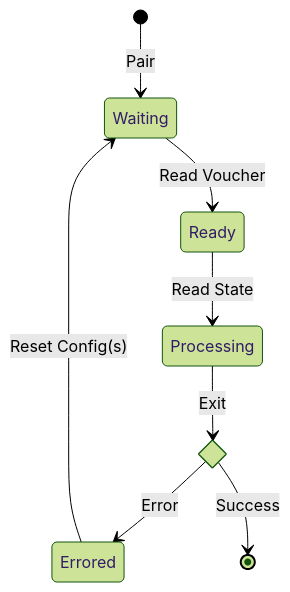
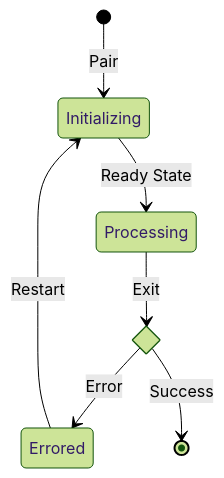
The second of 3 diagrams in SPEC.md (fido-device-onboard/uefi-ble-fdo), drawn with Mermaid (forest theme) before and after one commit. The commit also changed other lines of this file and 1 other file, not shown here.

````diff
--- a/SPEC.md
+++ b/SPEC.md
@@ -85,12 +132,11 @@
 ```mermaid
 stateDiagram-v2
-    [*] --> Waiting: Pair
+    [*] --> Initializing: Pair
 
-    Waiting --> Ready: Read Voucher
-    Ready --> Processing: Read State
+    Initializing --> Processing: Ready State
     state err <<choice>>
     Processing --> err: Exit
     err --> Errored: Error
     err --> [*]: Success
-    Errored --> Waiting: Reset Config(s)
+    Errored --> Initializing: Restart
 ```
````
